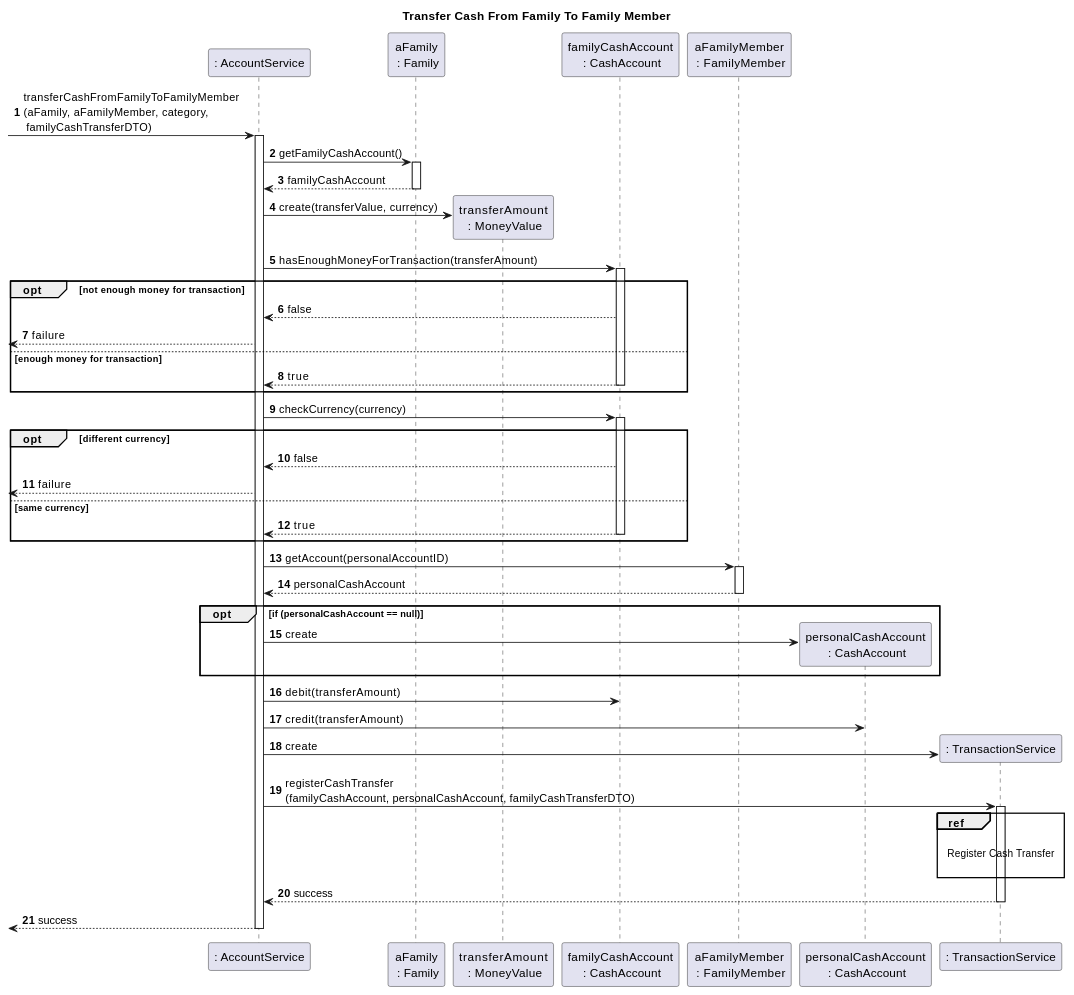
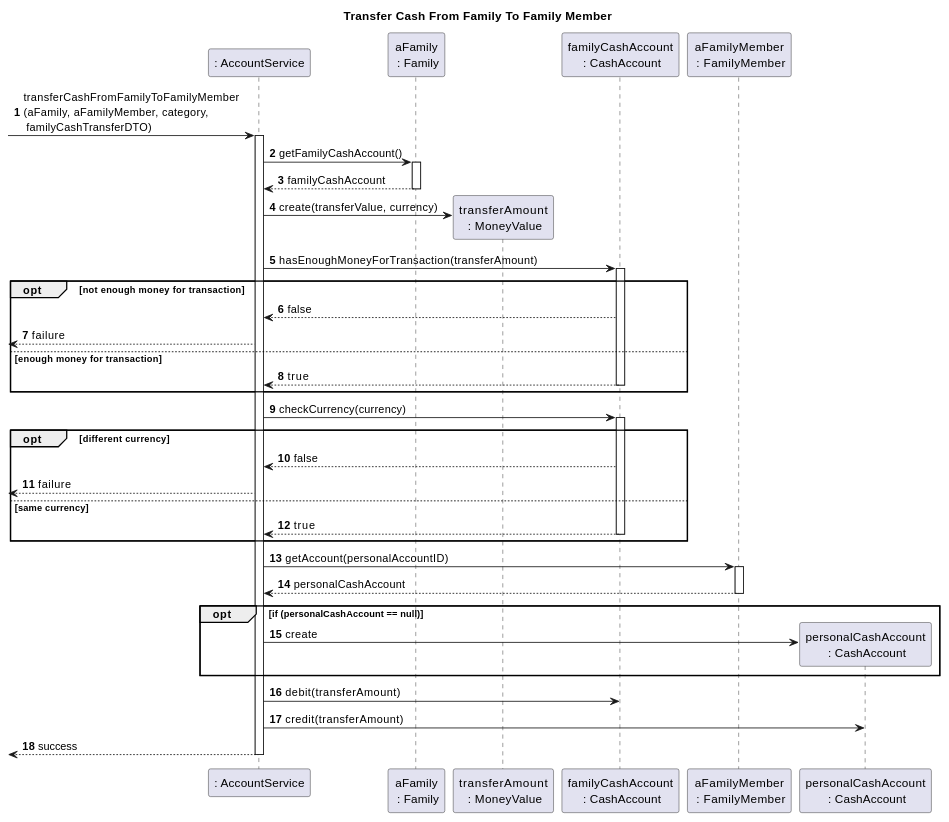
Before and after one commit to tomas-osswald/switch_2020_g3: the third of 4 diagrams in docs/sprint2/user_stories/US130_TransferToPersonalCashAccount.md, drawn with PlantUML. The commit also changed other lines of this file and 5 other files, not shown here.

`````diff
--- a/docs/sprint2/user_stories/US130_TransferToPersonalCashAccount.md
+++ b/docs/sprint2/user_stories/US130_TransferToPersonalCashAccount.md
@@ -129,77 +148,62 @@
 ````puml
 title Transfer Cash From Family To Family Member
 autonumber
 
 Participant ": AccountService" as AccountService
 Participant "aFamily\n : Family" as Family
 Participant "transferAmount\n : MoneyValue" as transferMoneyValue
 Participant "familyCashAccount\n : CashAccount" as familyCashAccount
 Participant "aFamilyMember\n : FamilyMember" as FamilyMember
 Participant "personalCashAccount\n : CashAccount" as personalCashAccount
-Participant ": TransactionService" as TransactionService
 
 
 -> AccountService : transferCashFromFamilyToFamilyMember\n(aFamily, aFamilyMember, category,\n familyCashTransferDTO)
 activate AccountService
 
 AccountService -> Family : getFamilyCashAccount()
 activate Family
 Family --> AccountService : familyCashAccount
 deactivate Family
 
 AccountService -> transferMoneyValue ** : create(transferValue, currency)
 
 AccountService -> familyCashAccount : hasEnoughMoneyForTransaction(transferAmount)
 activate familyCashAccount
 
 opt not enough money for transaction
 familyCashAccount --> AccountService : false
 <-- AccountService : failure
 
 else enough money for transaction
 familyCashAccount --> AccountService : true
 deactivate familyCashAccount
 end
 
 AccountService -> familyCashAccount : checkCurrency(currency)
 activate familyCashAccount
 
 opt different currency
 familyCashAccount --> AccountService : false
 <-- AccountService : failure
 
 else same currency
 familyCashAccount --> AccountService : true
 deactivate familyCashAccount
 end opt
 
 AccountService -> FamilyMember : getAccount(personalAccountID)
 activate FamilyMember
 FamilyMember --> AccountService : personalCashAccount
 deactivate FamilyMember
 
 opt if (personalCashAccount == null)
 AccountService -> personalCashAccount ** : create
 end
 
 AccountService -> familyCashAccount : debit(transferAmount)
 
 AccountService -> personalCashAccount : credit(transferAmount)
-
-AccountService -> TransactionService ** : create
-AccountService -> TransactionService : registerCashTransfer\n(familyCashAccount, personalCashAccount, familyCashTransferDTO)
-activate TransactionService
-
-ref over TransactionService
-
-Register Cash Transfer
-
-end ref
-
-TransactionService --> AccountService : success
-deactivate TransactionService
-
 <-- AccountService : success
 deactivate AccountService
 
 ````
`````
